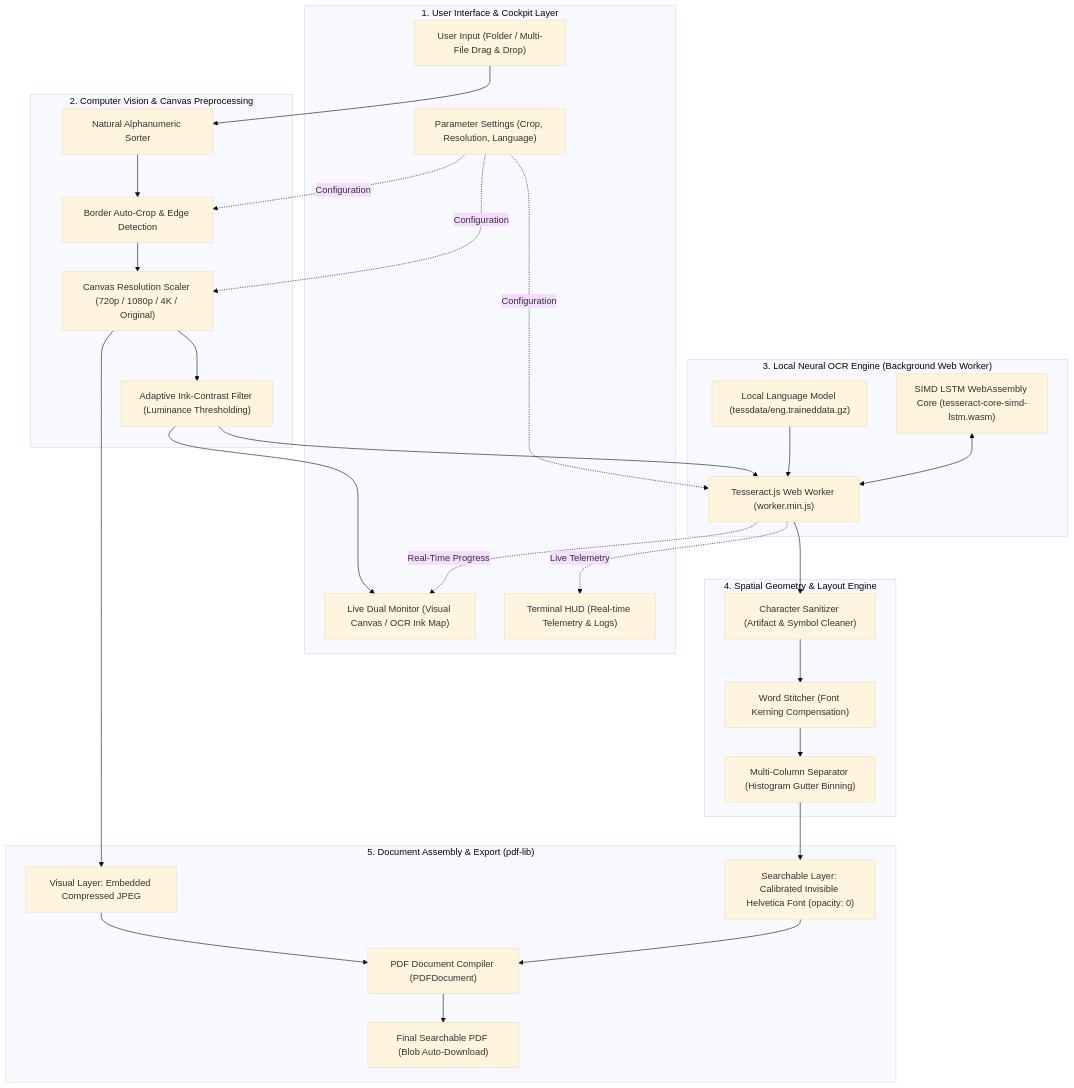
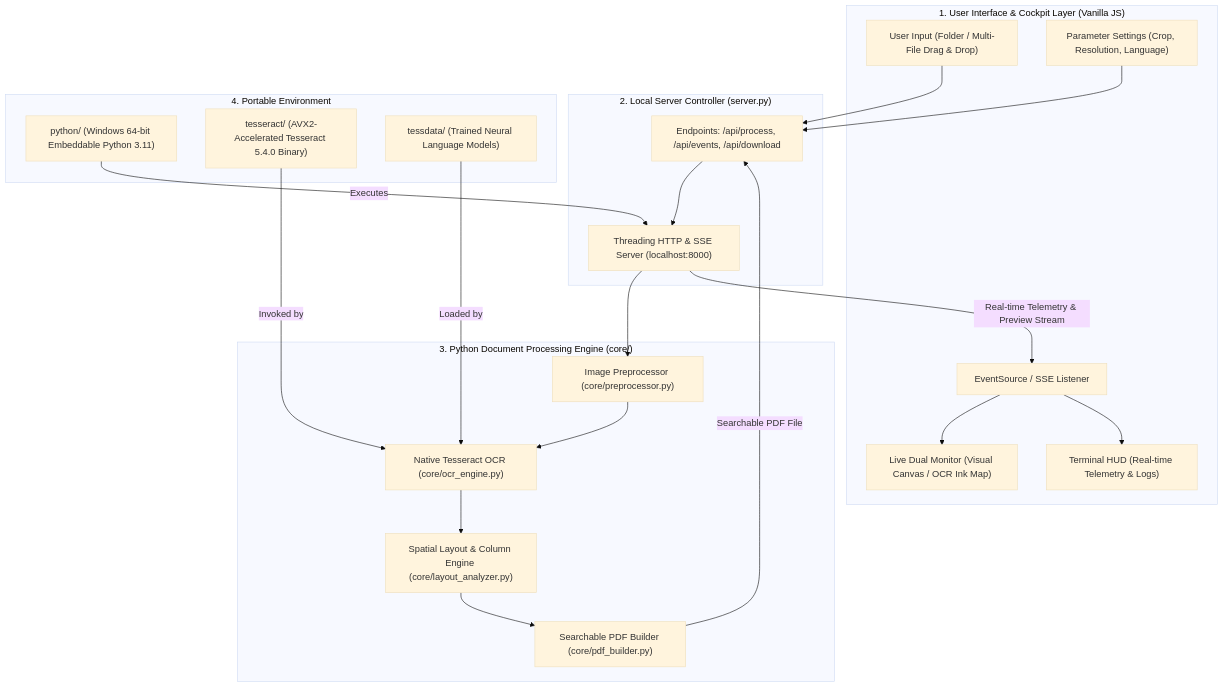
Before and after one commit to AZ-innovation-labs/Chain-PDF: the diagram in README.md, drawn with Mermaid (base theme). The commit also changed other lines of this file and 19 other files, not shown here.

````diff
--- a/README.md
+++ b/README.md
@@ -68,63 +68,44 @@
 ```mermaid
 flowchart TD
-    subgraph UI ["1. User Interface & Cockpit Layer"]
+    subgraph Client ["1. User Interface & Cockpit Layer (Vanilla JS)"]
         A["User Input (Folder / Multi-File Drag & Drop)"]
         B["Parameter Settings (Crop, Resolution, Language)"]
         HUD["Live Dual Monitor (Visual Canvas / OCR Ink Map)"]
         TERM["Terminal HUD (Real-time Telemetry & Logs)"]
+        EVT["EventSource / SSE Listener"]
     end
 
-    subgraph Preprocessing ["2. Computer Vision & Canvas Preprocessing"]
-        C["Natural Alphanumeric Sorter"]
-        D["Border Auto-Crop & Edge Detection"]
-        E["Canvas Resolution Scaler (720p / 1080p / 4K / Original)"]
-        F["Adaptive Ink-Contrast Filter (Luminance Thresholding)"]
+    subgraph Server ["2. Local Server Controller (server.py)"]
+        SRV["Threading HTTP & SSE Server (localhost:8000)"]
+        API["Endpoints: /api/process, /api/events, /api/download"]
     end
 
-    subgraph NeuralOCR ["3. Local Neural OCR Engine (Background Web Worker)"]
-        G["Tesseract.js Web Worker (worker.min.js)"]
-        H["SIMD LSTM WebAssembly Core (tesseract-core-simd-lstm.wasm)"]
-        I["Local Language Model (tessdata/eng.traineddata.gz)"]
+    subgraph Pipeline ["3. Python Document Processing Engine (core/)"]
+        PRE["Image Preprocessor (core/preprocessor.py)"]
+        OCR["Native Tesseract OCR (core/ocr_engine.py)"]
+        LAY["Spatial Layout & Column Engine (core/layout_analyzer.py)"]
+        PDF["Searchable PDF Builder (core/pdf_builder.py)"]
     end
 
-    subgraph PostProcessing ["4. Spatial Geometry & Layout Engine"]
-        J["Character Sanitizer (Artifact & Symbol Cleaner)"]
-        K["Word Stitcher (Font Kerning Compensation)"]
-        L["Multi-Column Separator (Histogram Gutter Binning)"]
+    subgraph Runtime ["4. Portable Environment"]
+        EMB["python/ (Windows 64-bit Embeddable Python 3.11)"]
+        TESS["tesseract/ (AVX2-Accelerated Tesseract 5.4.0 Binary)"]
+        DATA["tessdata/ (Trained Neural Language Models)"]
     end
 
-    subgraph PDFGen ["5. Document Assembly & Export (pdf-lib)"]
-        M["Visual Layer: Embedded Compressed JPEG"]
-        N["Searchable Layer: Calibrated Invisible Helvetica Font (opacity: 0)"]
-        O["PDF Document Compiler (PDFDocument)"]
-        P["Final Searchable PDF (Blob Auto-Download)"]
-    end
+    A --> API
+    B --> API
+    API --> SRV
+    SRV --> PRE
+    PRE --> OCR
+    OCR --> LAY
+    LAY --> PDF
+    SRV -->|Real-time Telemetry & Preview Stream| EVT
+    EVT --> HUD
+    EVT --> TERM
+    PDF -->|Searchable PDF File| API
 
-    %% Pipeline Connections
-    A --> C
-    B -. Configuration .-> D
-    B -. Configuration .-> E
-    B -. Configuration .-> G
-
-    C --> D
-    D --> E
-    E --> F
-    E --> M
-
-    F --> HUD
-    F --> G
-    I --> G
-    H <--> G
-
-    G --> J
-    G -. Live Telemetry .-> TERM
-    G -. Real-Time Progress .-> HUD
-
-    J --> K
-    K --> L
-    L --> N
-
-    M --> O
-    N --> O
-    O --> P
+    EMB -->|Executes| SRV
+    TESS -->|Invoked by| OCR
+    DATA -->|Loaded by| OCR
 ```
````
